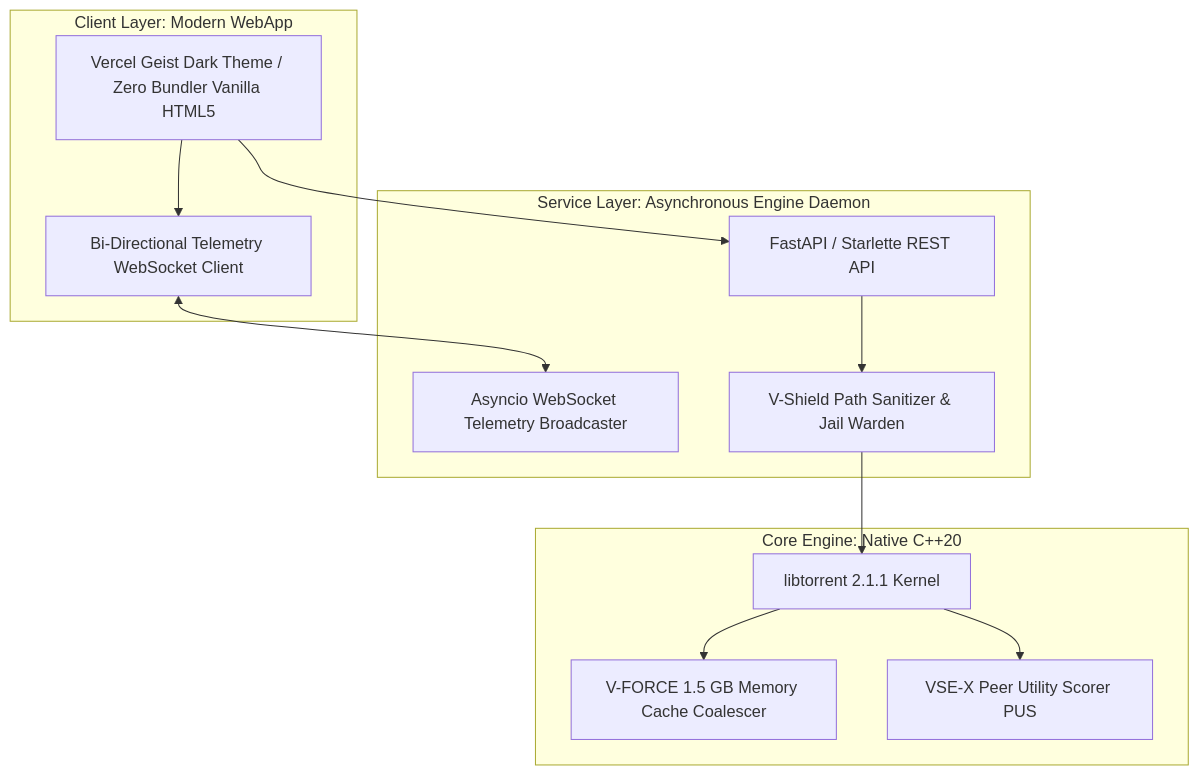
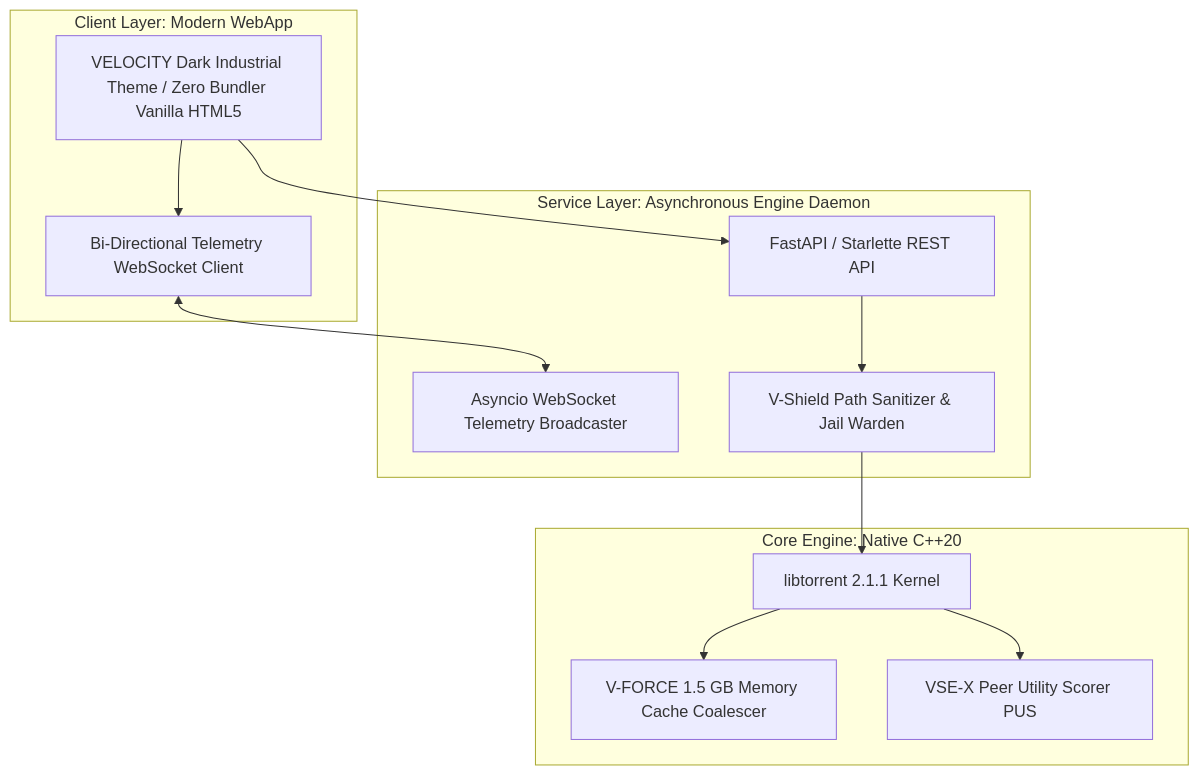
The diagram in docs/RELEASE_REPORT.md (devrajshelakeacer/Velocity-Torrent), drawn with Mermaid before and after one commit. The commit also changed other lines of this file and 28 other files, not shown here.

Commit message:
feat(design): purge vercel references, unify icon color and optical sizing, and add technical vector schematics

````diff
--- a/docs/RELEASE_REPORT.md
+++ b/docs/RELEASE_REPORT.md
@@ -87,27 +87,27 @@
 ```mermaid
 flowchart TD
     subgraph Client Layer: Modern WebApp
-        UI[Vercel Geist Dark Theme / Zero Bundler Vanilla HTML5]
+        UI[VELOCITY Dark Industrial Theme / Zero Bundler Vanilla HTML5]
         WS_C[Bi-Directional Telemetry WebSocket Client]
         UI --> WS_C
     end
 
     subgraph Service Layer: Asynchronous Engine Daemon
         API[FastAPI / Starlette REST API]
         WS_S[Asyncio WebSocket Telemetry Broadcaster]
         SAN[V-Shield Path Sanitizer & Jail Warden]
     end
 
     subgraph Core Engine: Native C++20
         LT[libtorrent 2.1.1 Kernel]
         VFORCE[V-FORCE 1.5 GB Memory Cache Coalescer]
         VSEX[VSE-X Peer Utility Scorer PUS]
         LT --> VFORCE
         LT --> VSEX
     end
 
     UI --> API
     WS_C <--> WS_S
     API --> SAN
     SAN --> LT
 ```
````
